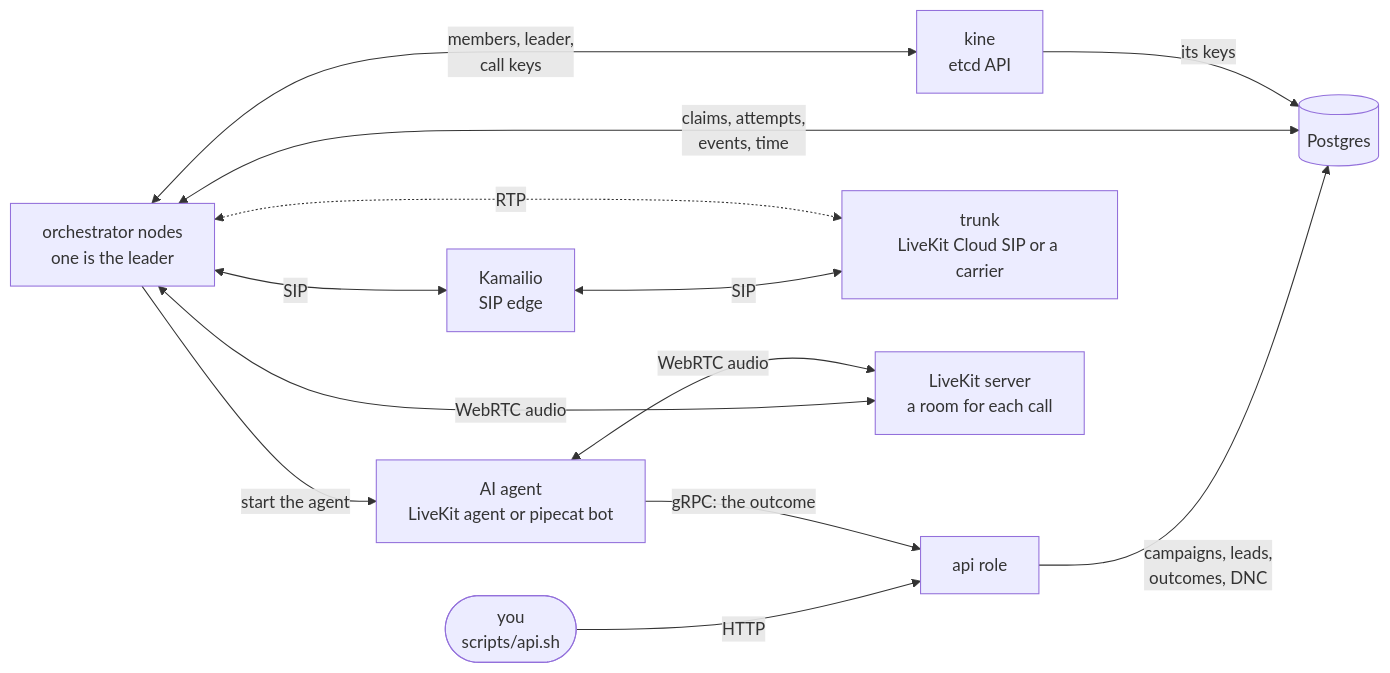
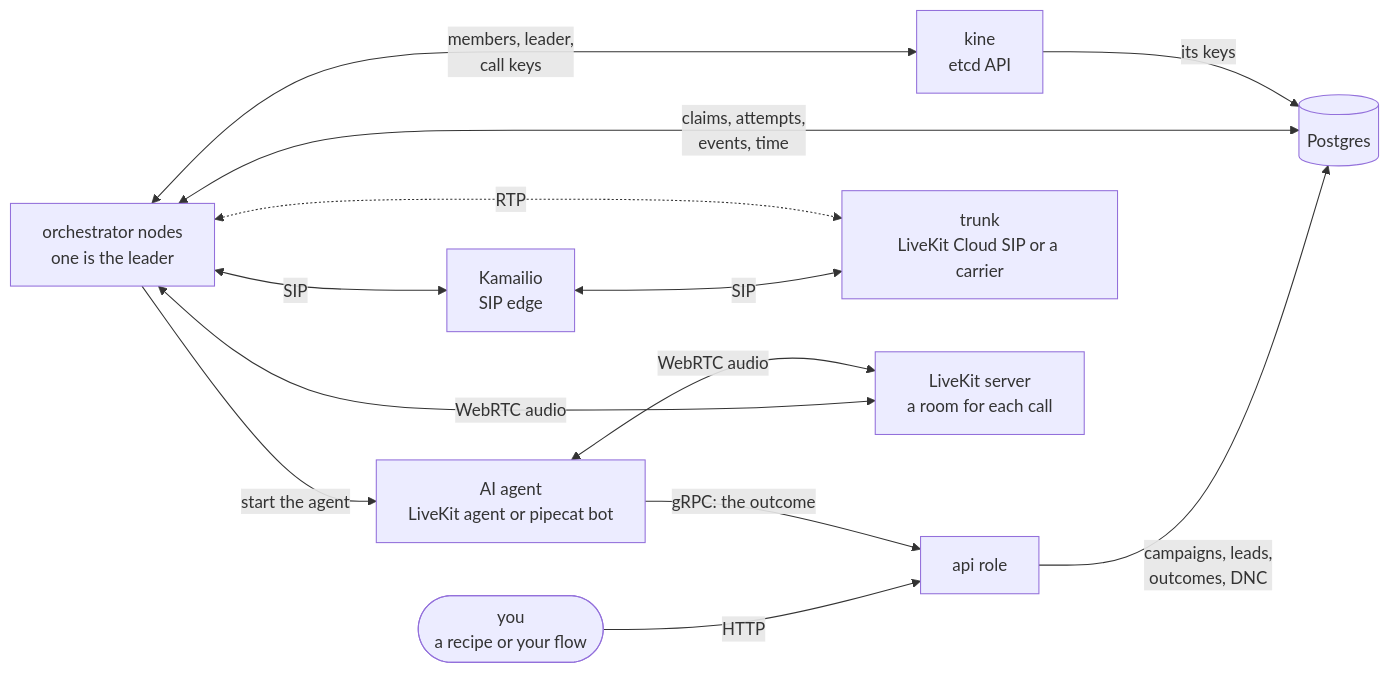
The first of 10 diagrams in README.md (sandys/swarmpbx), drawn with Mermaid before and after one commit. The commit also changed other lines of this file and 84 other files, not shown here.

````diff
--- a/README.md
+++ b/README.md
@@ -81,15 +83,15 @@
 ```mermaid
 flowchart LR
-    you(["you<br/>scripts/api.sh"]) -->|HTTP| api["api role"]
+    you(["you<br/>a recipe or your flow"]) -->|HTTP| api["api role"]
     agent["AI agent<br/>LiveKit agent or pipecat bot"] -->|"gRPC: the outcome"| api
     api -->|"campaigns, leads,<br/>outcomes, DNC"| pg[("Postgres")]
     orch["orchestrator nodes<br/>one is the leader"] <-->|"claims, attempts,<br/>events, time"| pg
     orch <-->|"members, leader,<br/>call keys"| kine["kine<br/>etcd API"]
     kine -->|"its keys"| pg
     orch -->|"start the agent"| agent
     orch <-->|SIP| kam["Kamailio<br/>SIP edge"]
     kam <-->|SIP| trunk["trunk<br/>LiveKit Cloud SIP or a carrier"]
     orch <-.->|RTP| trunk
     orch <-->|"WebRTC audio"| lk["LiveKit server<br/>a room for each call"]
     agent <-->|"WebRTC audio"| lk
 ```
````
